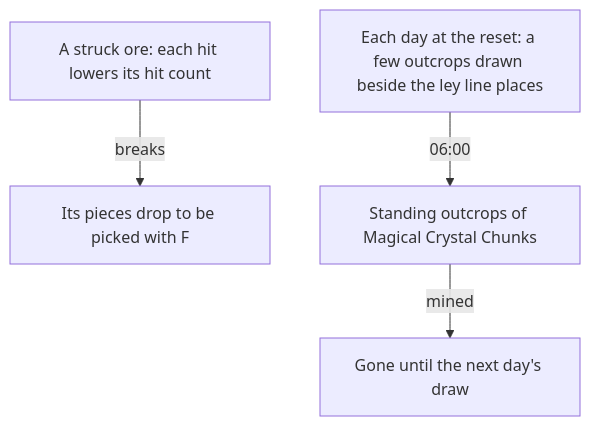
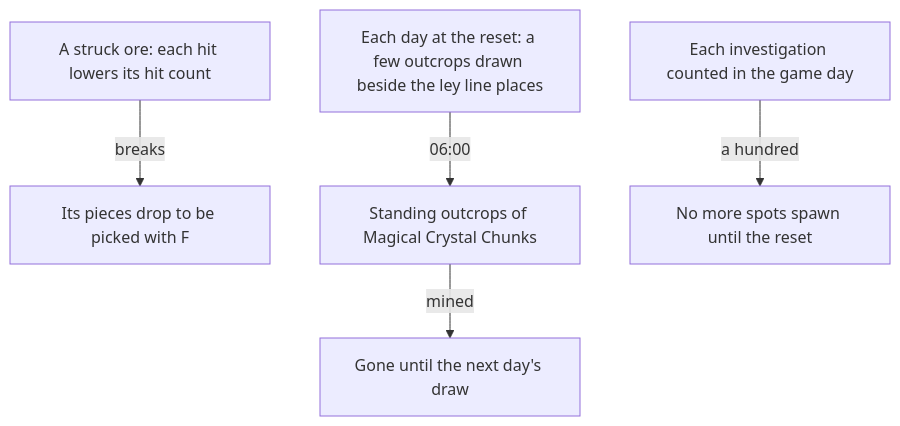
One commit to Esposter/Esposter changed the diagram in apps/web/content/docs/proposals/genshin/gathering.md. Above: the diagram before and after it, drawn with Mermaid. The commit also changed other lines of this file and 4 other files, not shown here.

Commit message:
docs(genshin): mining outcrops and investigation spots have their as-built pages for the built rules, the proposal keeps the ores, the outcrops' places and the spots, and the ore strike recording and its compute item are owed

````diff
--- a/apps/web/content/docs/proposals/genshin/gathering.md
+++ b/apps/web/content/docs/proposals/genshin/gathering.md
@@ -19,6 +19,7 @@
 ```mermaid
 flowchart TD
   S["A struck ore: each hit lowers its hit count"] -->|"breaks"| P["Its pieces drop to be picked with F"]
   D["Each day at the reset: a few outcrops drawn beside the ley line places"] -->|"06:00"| O["Standing outcrops of Magical Crystal Chunks"]
   O -->|"mined"| G["Gone until the next day's draw"]
+  I["Each investigation counted in the game day"] -->|"a hundred"| N["No more spots spawn until the reset"]
 ```
````
